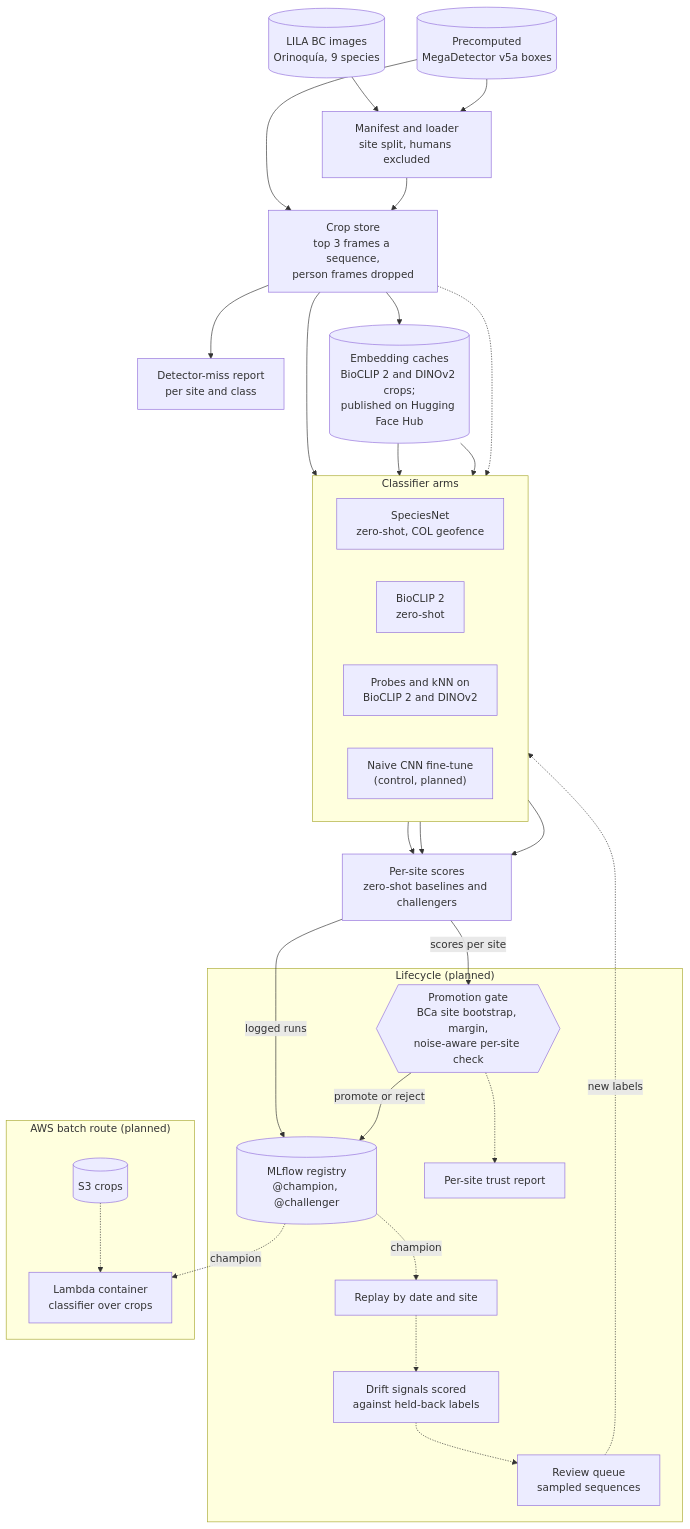
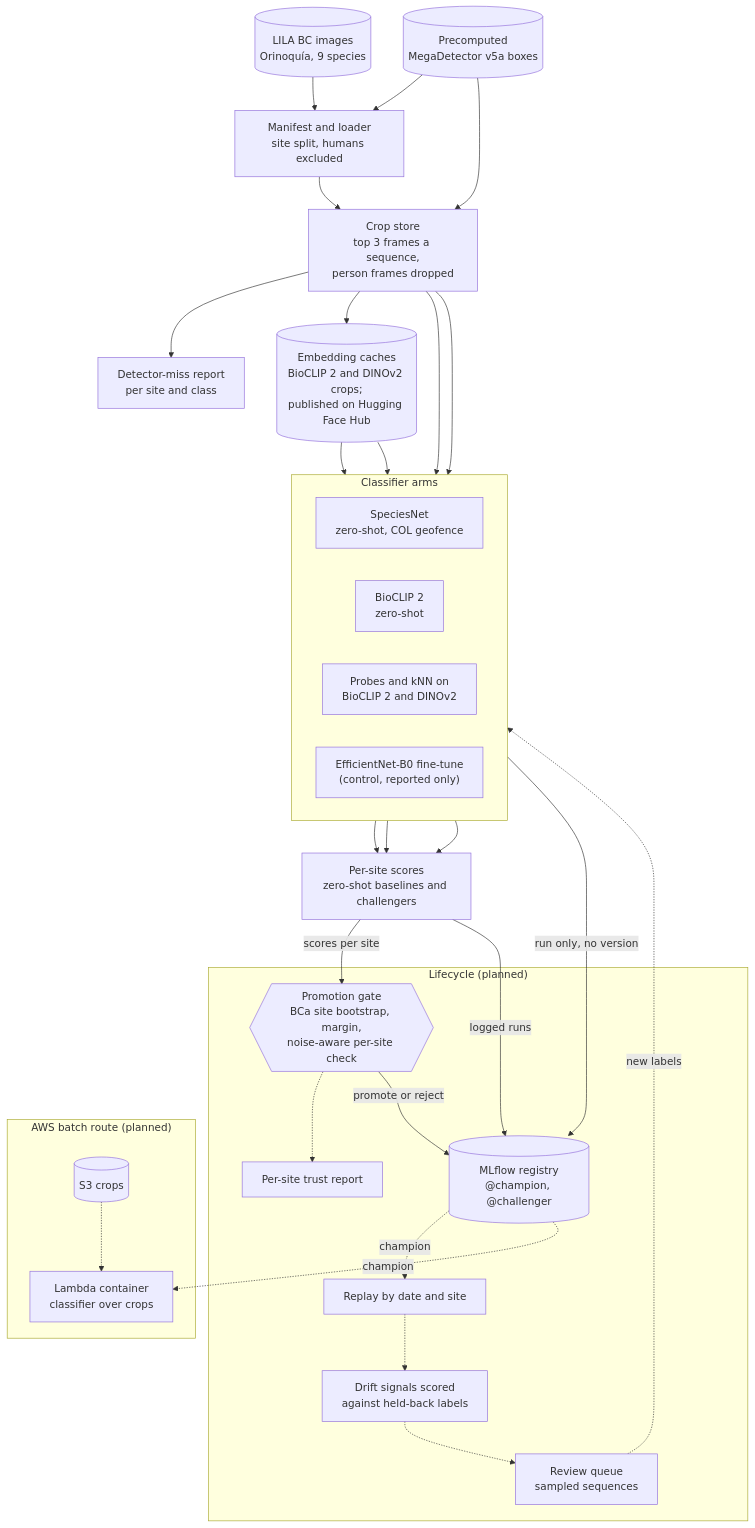
One commit to benmacp123/camera-trap-mlops changed the diagram in README.md. Above: the diagram before and after it, drawn with Mermaid. The commit also changed other lines of this file and 7 other files, not shown here.

First line of the commit message:
Add CNN control implementation and reporting

````diff
--- a/README.md
+++ b/README.md
@@ -221,50 +238,51 @@
 ```mermaid
 flowchart TB
     lila[("LILA BC images<br>Orinoquía, 9 species")] --> manifest["Manifest and loader<br>site split, humans excluded"]
     mdv5a[("Precomputed<br>MegaDetector v5a boxes")] --> manifest
     mdv5a --> crops["Crop store<br>top 3 frames a sequence,<br>person frames dropped"]
     manifest --> crops
     crops --> misses["Detector-miss report<br>per site and class"]
     crops --> embeddings[("Embedding caches<br>BioCLIP 2 and DINOv2 crops;<br>published on Hugging Face Hub")]
 
     subgraph arms ["Classifier arms"]
         direction LR
         speciesnet["SpeciesNet<br>zero-shot, COL geofence"]
         bioclip["BioCLIP 2<br>zero-shot"]
         probe["Probes and kNN on<br>BioCLIP 2 and DINOv2"]
-        cnn["Naive CNN fine-tune<br>(control, planned)"]
+        cnn["EfficientNet-B0 fine-tune<br>(control, reported only)"]
     end
 
     crops --> speciesnet
     embeddings --> bioclip
     embeddings --> probe
-    crops -.-> cnn
+    crops --> cnn
 
     speciesnet --> baselines["Per-site scores<br>zero-shot baselines and challengers"]
     bioclip --> baselines
     probe --> baselines
 
     gate{{"Promotion gate<br>BCa site bootstrap, margin,<br>noise-aware per-site check"}}
 
     mlflow[("MLflow registry<br>@champion, @challenger")]
 
     subgraph lifecycle ["Lifecycle (planned)"]
         report["Per-site trust report"]
         replay["Replay by date and site"]
         drift["Drift signals scored<br>against held-back labels"]
         review["Review queue<br>sampled sequences"]
         gate -.-> report
         mlflow -. "champion" .-> replay -.-> drift -.-> review
     end
 
     baselines -- "scores per site" --> gate
     baselines -- "logged runs" --> mlflow
+    cnn -- "run only, no version" --> mlflow
     gate -- "promote or reject" --> mlflow
     review -. "new labels" .-> arms
 
     subgraph aws ["AWS batch route (planned)"]
         s3[("S3 crops")] -.-> lambda["Lambda container<br>classifier over crops"]
     end
 
     mlflow -. "champion" .-> lambda
 ```
````
